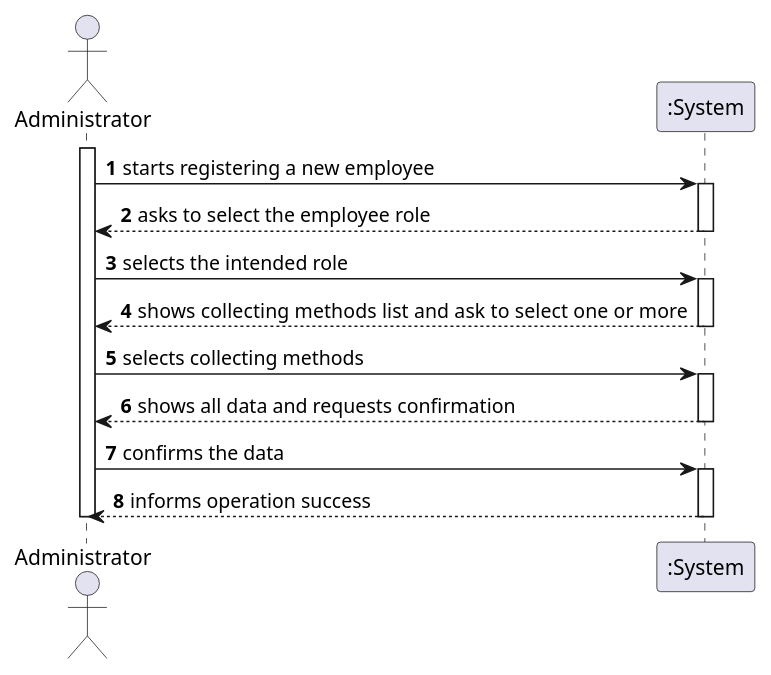
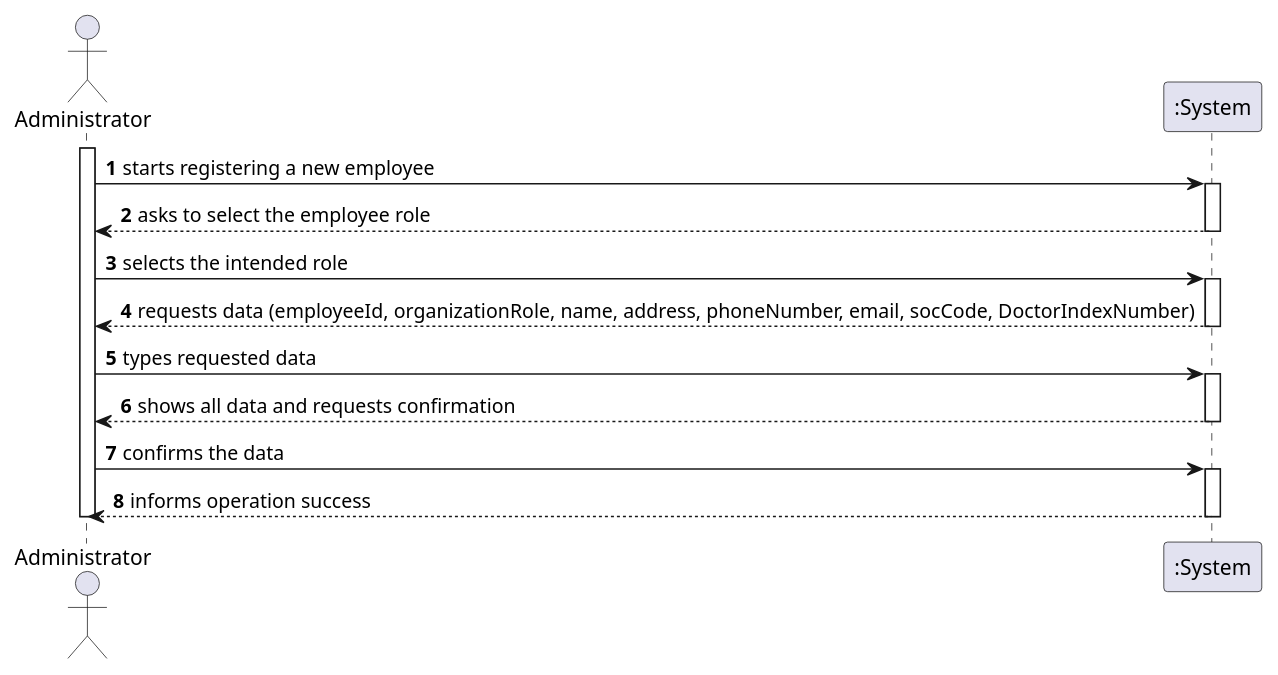
One commit to ana-albergaria/LAPR2-ISEP changed the diagram in docs/SprintB/US_7/(Ana)US7_SSD.puml. Above: the diagram before and after it, drawn with PlantUML. The commit also changed 4 other files, not shown here.

Commit message:
Doing US7 SD Diagram + Correcting US8 SD Diagram due to ClinicalAnalysisLaboratoryDto

```diff
--- a/docs/SprintB/US_7/(Ana)US7_SSD.puml
+++ b/docs/SprintB/US_7/(Ana)US7_SSD.puml
@@ -1,29 +1,29 @@
 @startuml
 autonumber
 actor Administrator as A
 
 activate A
 A -> ":System" : starts registering a new employee
 activate ":System"
 ":System" --> A : asks to select the employee role
 deactivate ":System"
 
 A -> ":System" : selects the intended role
 activate ":System"
-/'ESTOU AQUI!!!!!!!!!!'/
-":System" --> A : shows collecting methods list and  ask to select one or more
+
+":System" --> A : requests data (employeeId, organizationRole, name, address, phoneNumber, email, socCode, DoctorIndexNumber)
 deactivate ":System"
-/'down here it still todo: '/
-A -> ":System" : selects collecting methods
+
+A -> ":System" : types requested data
 activate ":System"
 ":System" --> A : shows all data and requests confirmation
 deactivate ":System"
 
 A -> ":System" : confirms the data
 activate ":System"
 ":System" --> A : informs operation success
 deactivate ":System"
 
 deactivate A
 
 @enduml
```
